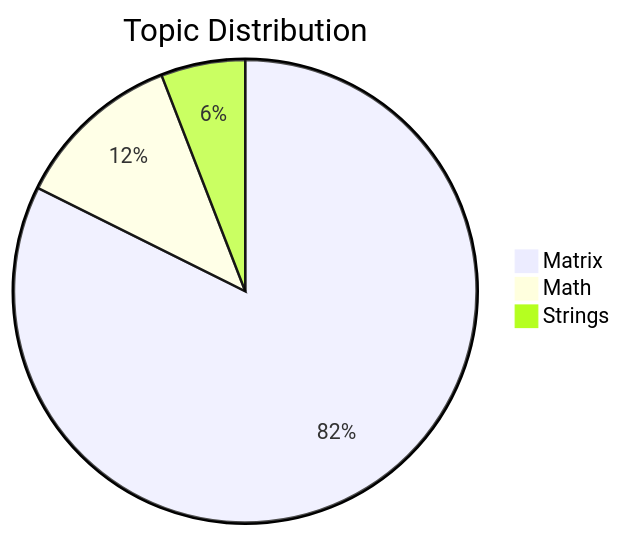
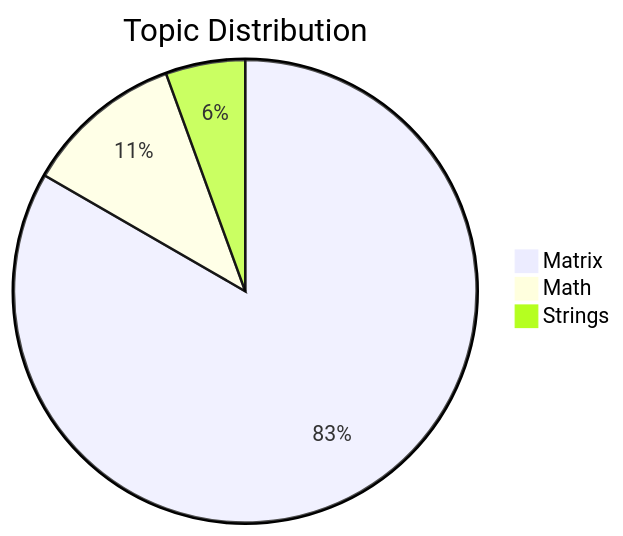
One commit to PrasannaTheBest/60-Days-Hell-Period changed the second of 2 diagrams in README.md. Above: the diagram before and after it, drawn with Mermaid. The commit also changed other lines of this file and 2 other files, not shown here.

Commit message:
Solved: Right-Aligned Alphabet Pattern [Matrix] with 🚩 review flag

````diff
--- a/README.md
+++ b/README.md
@@ -73,6 +73,6 @@
 ```mermaid
 pie title Topic Distribution
-    "Matrix" : 14
+    "Matrix" : 15
     "Math" : 2
     "Strings" : 1
 ```
````
